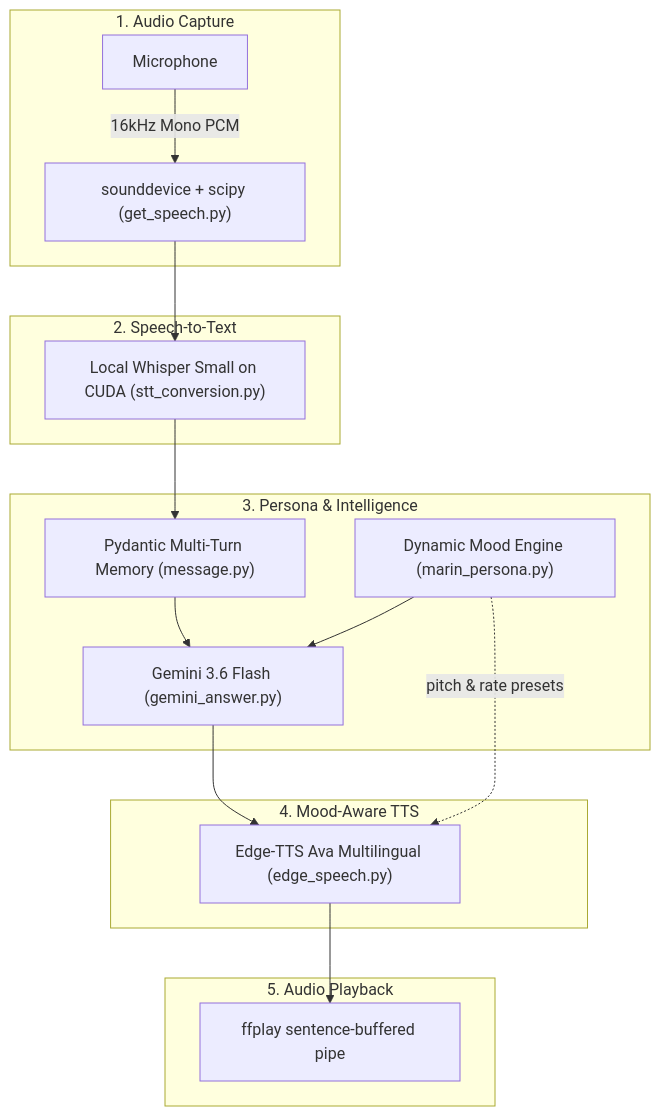
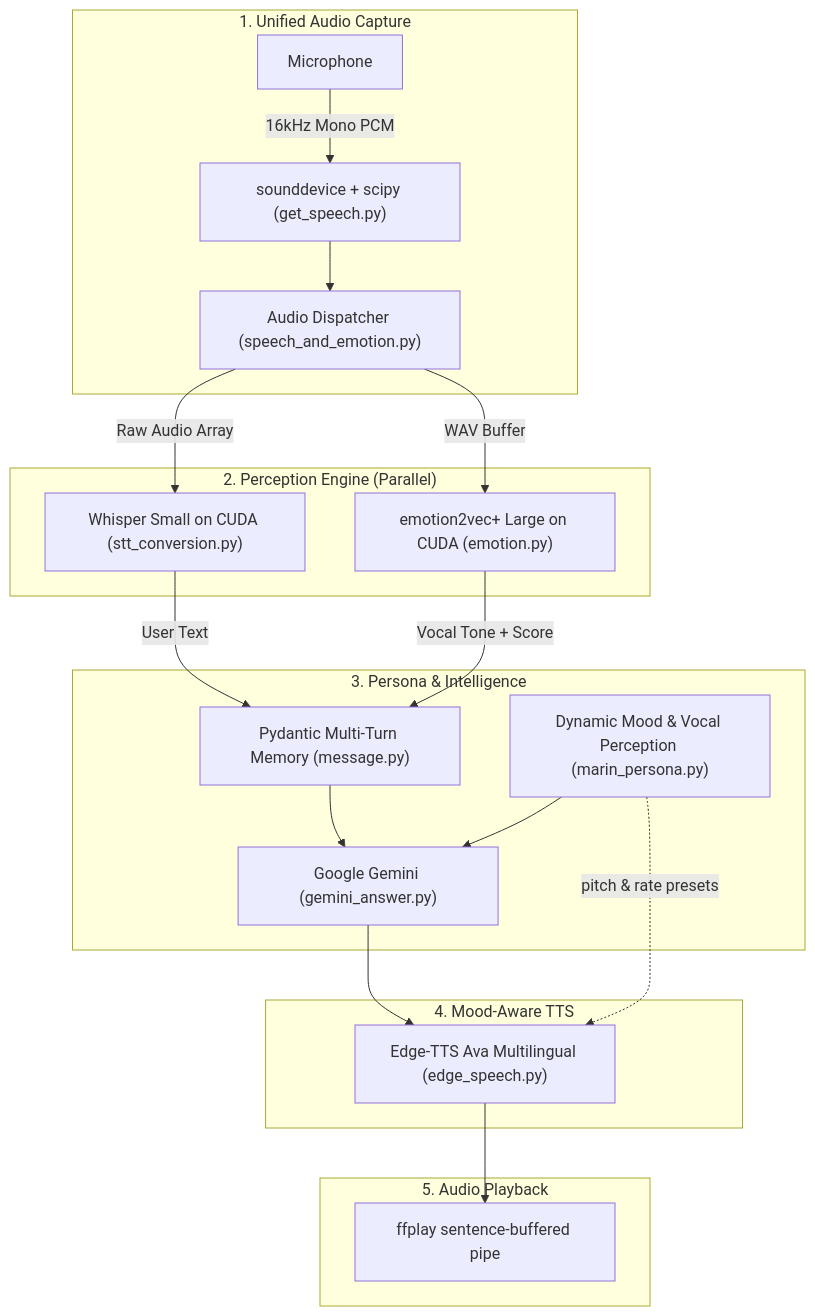
The first of 2 diagrams in README.md (subhamoydatta703/Marin), drawn with Mermaid before and after one commit. The commit also changed other lines of this file and 11 other files, not shown here.

Commit message:
Improve persona, answer generation, speech recognition, stt codebase, add emotion detection, and update README.

````diff
--- a/README.md
+++ b/README.md
@@ -51,25 +61,28 @@
 ```mermaid
 flowchart TD
-    subgraph Input ["1. Audio Capture"]
+    subgraph Input ["1. Unified Audio Capture"]
         Mic[Microphone] -->|16kHz Mono PCM| Rec["sounddevice + scipy (get_speech.py)"]
+        Rec --> Dispatcher["Audio Dispatcher (speech_and_emotion.py)"]
     end
 
-    subgraph STT ["2. Speech-to-Text"]
-        Rec --> STT_Whisper["Local Whisper Small on CUDA (stt_conversion.py)"]
+    subgraph Perception ["2. Perception Engine (Parallel)"]
+        Dispatcher -->|Raw Audio Array| STT_Whisper["Whisper Small on CUDA (stt_conversion.py)"]
+        Dispatcher -->|WAV Buffer| SER_Model["emotion2vec+ Large on CUDA (emotion.py)"]
     end
 
     subgraph Brain ["3. Persona & Intelligence"]
-        STT_Whisper --> Memory["Pydantic Multi-Turn Memory (message.py)"]
-        Memory --> LLM["Gemini 3.6 Flash (gemini_answer.py)"]
-        Persona["Dynamic Mood Engine (marin_persona.py)"] --> LLM
+        STT_Whisper -->|User Text| Memory["Pydantic Multi-Turn Memory (message.py)"]
+        SER_Model -->|Vocal Tone + Score| Memory
+        Memory --> LLM["Google Gemini (gemini_answer.py)"]
+        Persona["Dynamic Mood & Vocal Perception (marin_persona.py)"] --> LLM
     end
 
     subgraph TTS ["4. Mood-Aware TTS"]
         LLM --> TTS_Edge["Edge-TTS Ava Multilingual (edge_speech.py)"]
         Persona -.->|pitch & rate presets| TTS_Edge
     end
 
     subgraph Output ["5. Audio Playback"]
         TTS_Edge --> FFPlay["ffplay sentence-buffered pipe"]
     end
 ```
````
